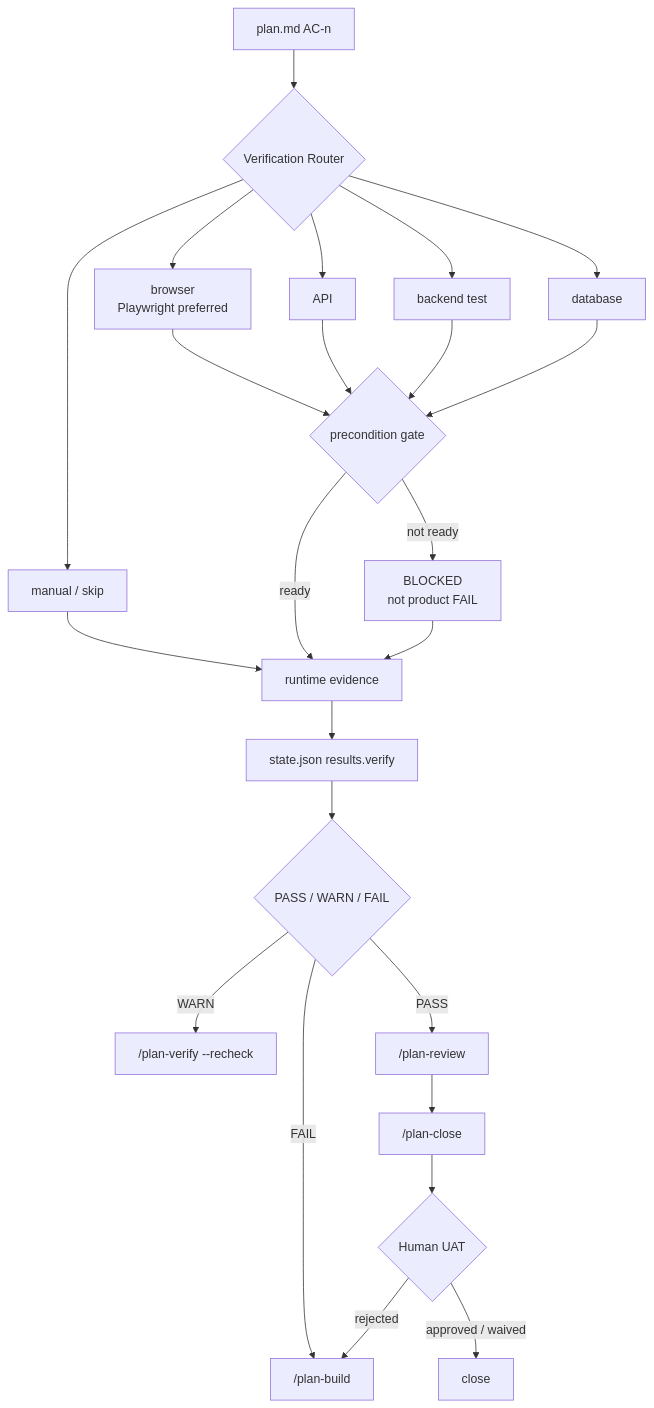
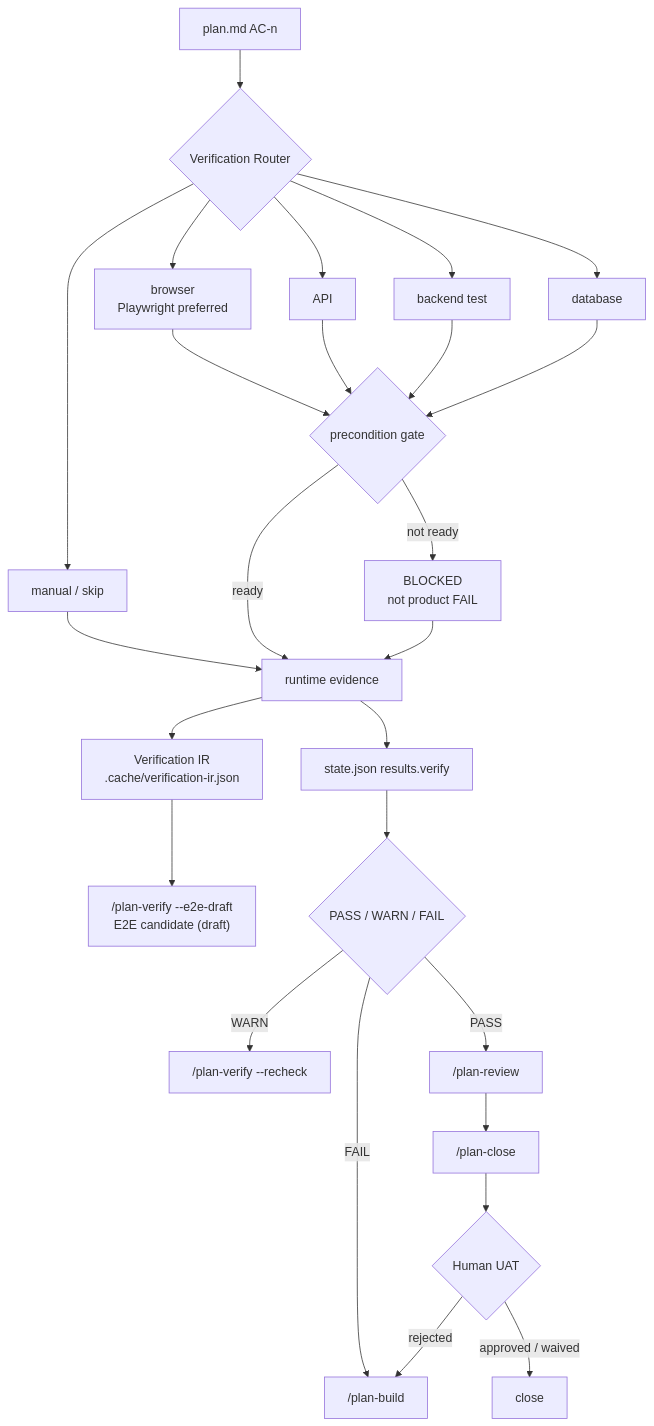
The fifth of 5 diagrams in plugins/feature-workflow/README.md (mark22013333/crew), drawn with Mermaid before and after one commit. The commit also changed other lines of this file, not shown here.

Commit message:
docs(plan-verify): document portable E2E draft authoring

````diff
--- a/plugins/feature-workflow/README.md
+++ b/plugins/feature-workflow/README.md
@@ -309,26 +309,28 @@
 ```mermaid
 flowchart TD
     AC["plan.md AC-n"] --> Router{"Verification Router"}
     Router --> Browser["browser<br/>Playwright preferred"]
     Router --> API["API"]
     Router --> Backend["backend test"]
     Router --> DB["database"]
     Router --> Manual["manual / skip"]
     Browser --> Pre{"precondition gate"}
     API --> Pre
     Backend --> Pre
     DB --> Pre
     Manual --> Evidence["runtime evidence"]
     Pre -- "ready" --> Evidence
     Pre -- "not ready" --> Blocked["BLOCKED<br/>not product FAIL"]
     Blocked --> Evidence
+    Evidence --> IR["Verification IR<br/>.cache/verification-ir.json"]
     Evidence --> Result["state.json results.verify"]
+    IR --> Draft["/plan-verify --e2e-draft<br/>E2E candidate (draft)"]
     Result --> Status{"PASS / WARN / FAIL"}
     Status -- "FAIL" --> Build["/plan-build"]
     Status -- "WARN" --> Recheck["/plan-verify --recheck"]
     Status -- "PASS" --> Review["/plan-review"]
     Review --> Close["/plan-close"]
     Close --> UAT{"Human UAT"}
     UAT -- "rejected" --> Build
     UAT -- "approved / waived" --> Done["close"]
 ```
````
